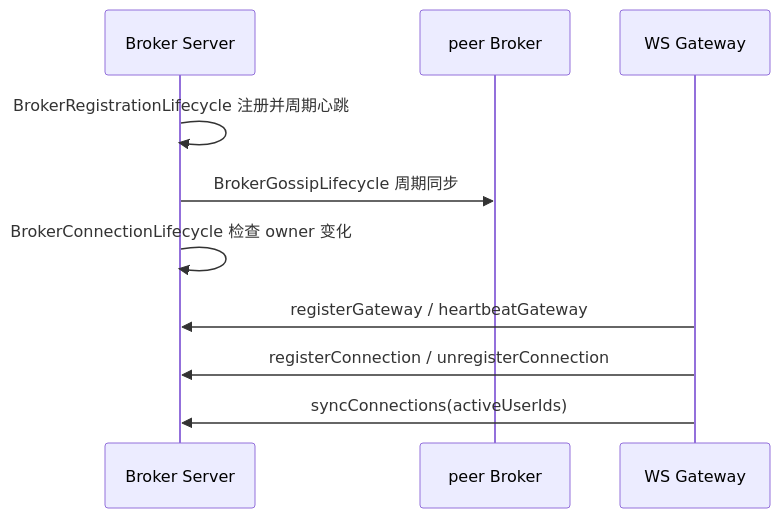
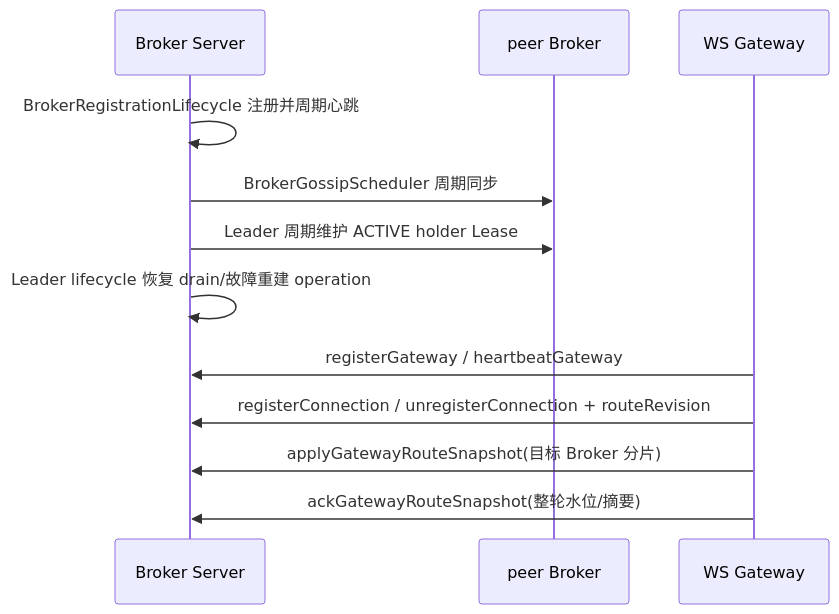
The second of 5 diagrams in im-broker/im-broker-server/README.md (kc-co9/im-chat), drawn with Mermaid before and after one commit. The commit also changed other lines of this file and 919 other files, not shown here.

````diff
--- a/im-broker/im-broker-server/README.md
+++ b/im-broker/im-broker-server/README.md
@@ -40,12 +459,14 @@
 ```mermaid
 sequenceDiagram
     participant Broker as Broker Server
     participant Peer as peer Broker
     participant Gateway as WS Gateway
     Broker->>Broker: BrokerRegistrationLifecycle 注册并周期心跳
-    Broker->>Peer: BrokerGossipLifecycle 周期同步
-    Broker->>Broker: BrokerConnectionLifecycle 检查 owner 变化
+    Broker->>Peer: BrokerGossipScheduler 周期同步
+    Broker->>Peer: Leader 周期维护 ACTIVE holder Lease
+    Broker->>Broker: Leader lifecycle 恢复 drain/故障重建 operation
     Gateway->>Broker: registerGateway / heartbeatGateway
-    Gateway->>Broker: registerConnection / unregisterConnection
-    Gateway->>Broker: syncConnections(activeUserIds)
+    Gateway->>Broker: registerConnection / unregisterConnection + routeRevision
+    Gateway->>Broker: applyGatewayRouteSnapshot(目标 Broker 分片)
+    Gateway->>Broker: ackGatewayRouteSnapshot(整轮水位/摘要)
 ```
````
